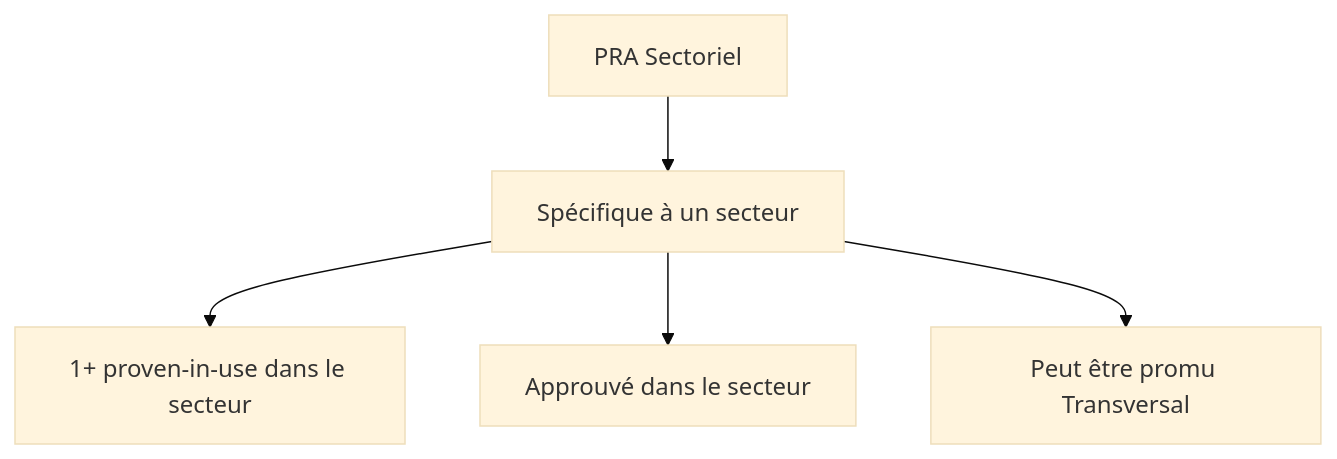
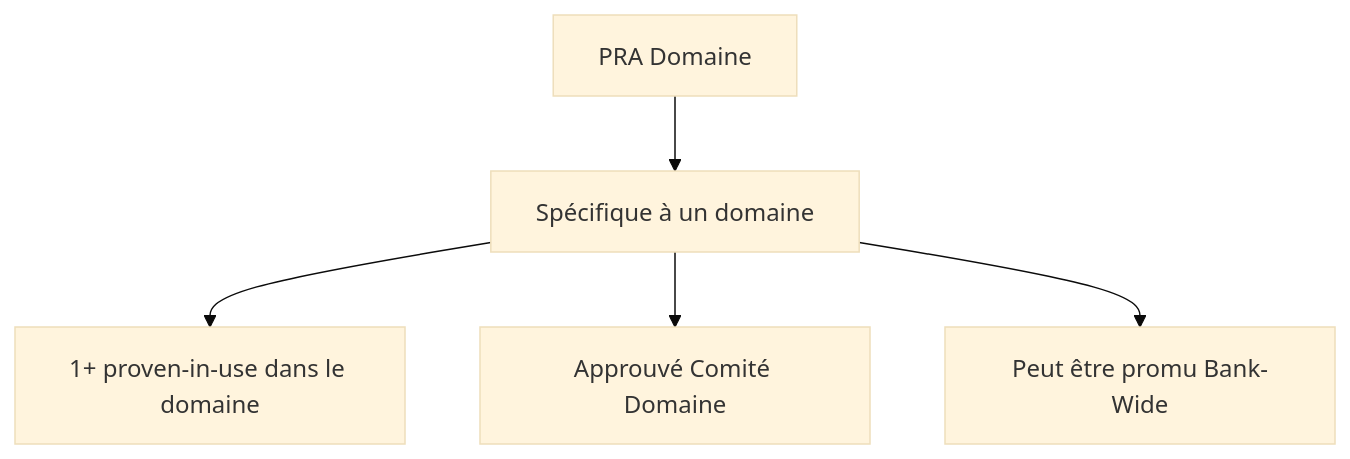
One commit to KiyaliHQ/proven-reusable-architecture changed the second of 6 diagrams in site/content/fr/guides/02-understanding-pra.md. Above: the diagram before and after it, drawn with Mermaid (base theme). The commit also changed other lines of this file and 1 other file, not shown here.

````diff
--- a/site/content/fr/guides/02-understanding-pra.md
+++ b/site/content/fr/guides/02-understanding-pra.md
@@ -116,7 +116,7 @@
 ```mermaid
 graph TD
-    A[PRA Sectoriel] --> B[Spécifique à un secteur]
-    B --> C[1+ proven-in-use dans le secteur]
-    B --> D[Approuvé dans le secteur]
-    B --> E[Peut être promu Transversal]
+    A[PRA Domaine] --> B[Spécifique à un domaine]
+    B --> C[1+ proven-in-use dans le domaine]
+    B --> D[Approuvé Comité Domaine]
+    B --> E[Peut être promu Bank-Wide]
 ```
````
